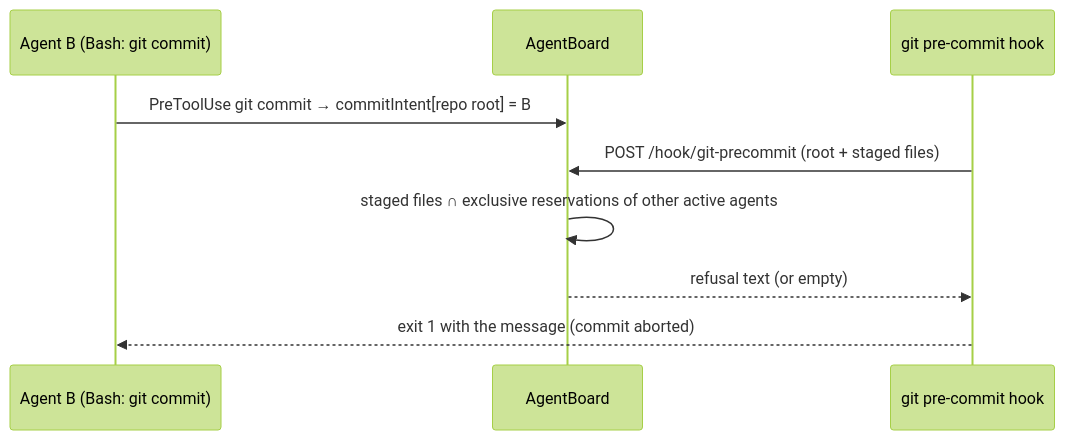
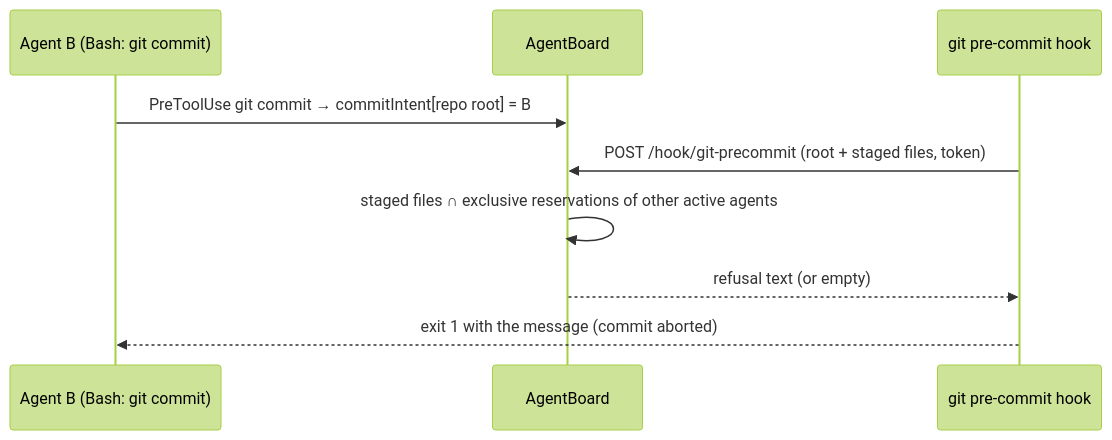
The third of 3 diagrams in docs/architecture/data-flow.md (Malashkin/agentboard), drawn with Mermaid (forest theme) before and after one commit. The commit also changed other lines of this file and 11 other files, not shown here.

````diff
--- a/docs/architecture/data-flow.md
+++ b/docs/architecture/data-flow.md
@@ -49,11 +49,11 @@
 ```mermaid
 sequenceDiagram
   participant X as Agent B (Bash: git commit)
   participant S as AgentBoard
   participant G as git pre-commit hook
   X->>S: PreToolUse git commit → commitIntent[repo root] = B
-  G->>S: POST /hook/git-precommit (root + staged files)
+  G->>S: POST /hook/git-precommit (root + staged files, token)
   S->>S: staged files ∩ exclusive reservations of other active agents
   S-->>G: refusal text (or empty)
   G-->>X: exit 1 with the message (commit aborted)
 ```
````
